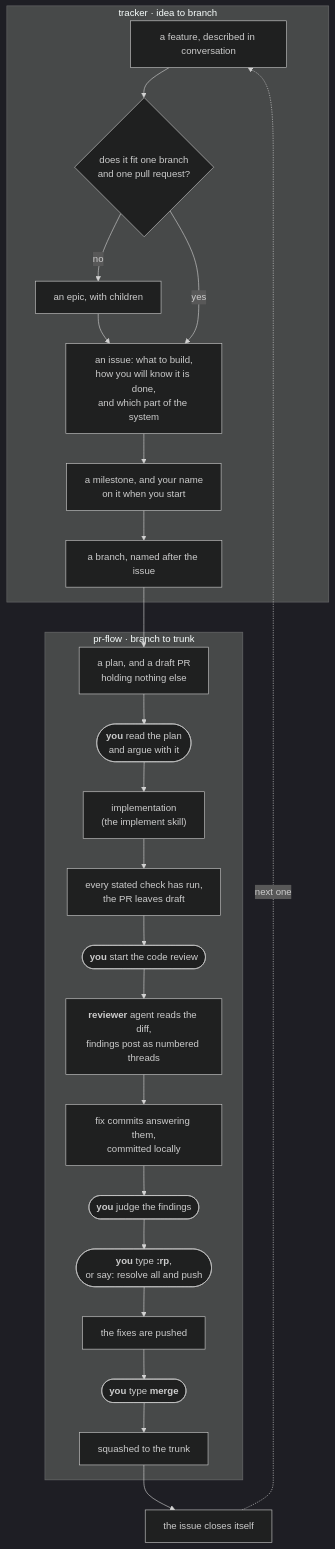
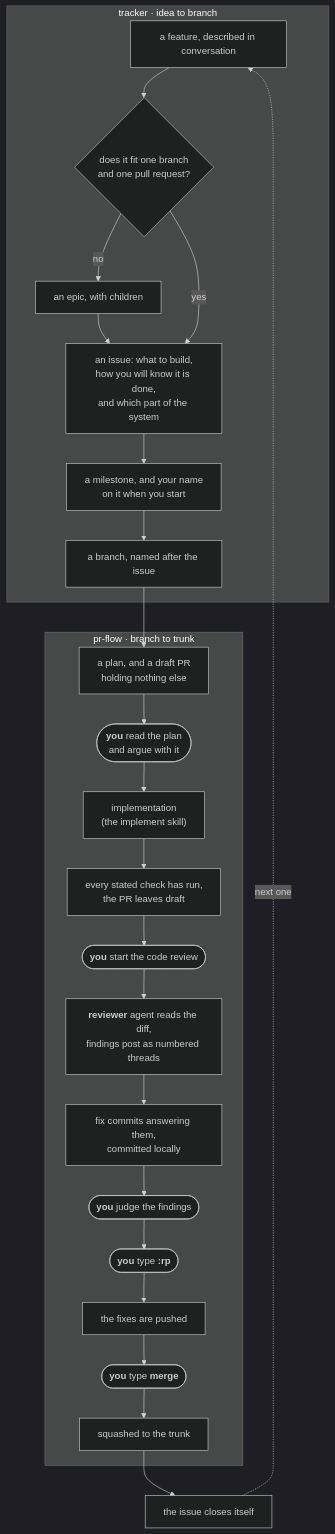
The diagram in plugins/gh-solo/skills/tracker/README.md (izkreny/agentifico), drawn with Mermaid (dark theme) before and after one commit. The commit also changed 26 other files, not shown here.

````diff
--- a/plugins/gh-solo/skills/tracker/README.md
+++ b/plugins/gh-solo/skills/tracker/README.md
@@ -26,29 +26,29 @@
 ```mermaid
 flowchart TD
     subgraph tracker["tracker · idea to branch"]
         A["a feature, described in conversation"] --> B{"does it fit one branch<br/>and one pull request?"}
         B -->|"no"| C["an epic, with children"]
         C --> D["an issue: what to build,<br/>how you will know it is done,<br/>and which part of the system"]
         B -->|"yes"| D
         D --> E["a milestone, and your name<br/>on it when you start"]
         E --> F["a branch, named after the issue"]
     end
 
     subgraph prflow["pr-flow · branch to trunk"]
         F --> G["a plan, and a draft PR<br/>holding nothing else"]
         G --> STOP(["<b>you</b> read the plan<br/>and argue with it"])
         STOP --> H["implementation<br/>(the implement skill)"]
         H --> I["every stated check has run,<br/>the PR leaves draft"]
         I --> J(["<b>you</b> start the code review"])
         J --> K["<b>reviewer</b> agent reads the diff,<br/>findings post as numbered threads"]
         K --> L["fix commits answering them,<br/>committed locally"]
         L --> K2(["<b>you</b> judge the findings"])
-        K2 --> K3(["<b>you</b> type <b>:rp</b>,<br/>or say: resolve all and push"])
+        K2 --> K3(["<b>you</b> type <b>:rp</b>"])
         K3 --> L2["the fixes are pushed"]
         L2 --> K4(["<b>you</b> type <b>merge</b>"])
         K4 --> M["squashed to the trunk"]
     end
 
     M --> N["the issue closes itself"]
     N -.->|"next one"| A
 ```
````
